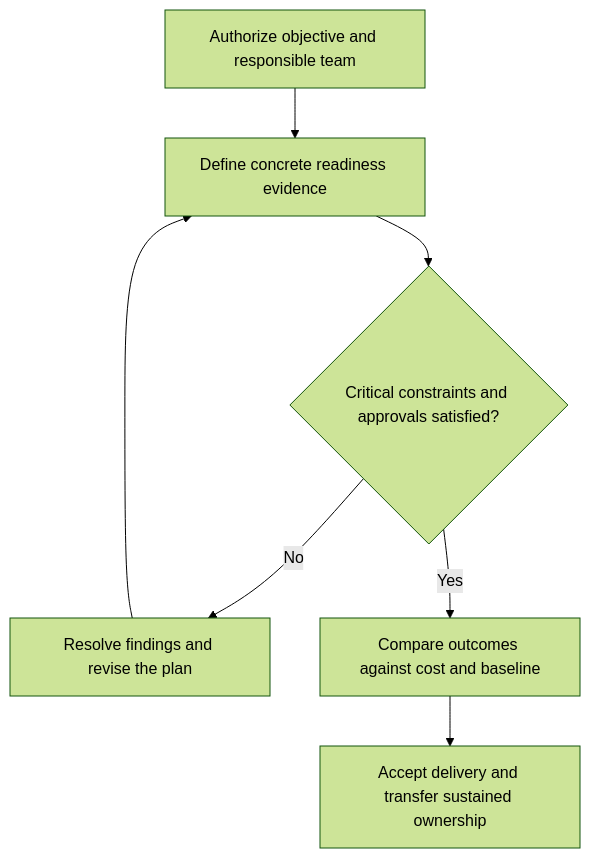
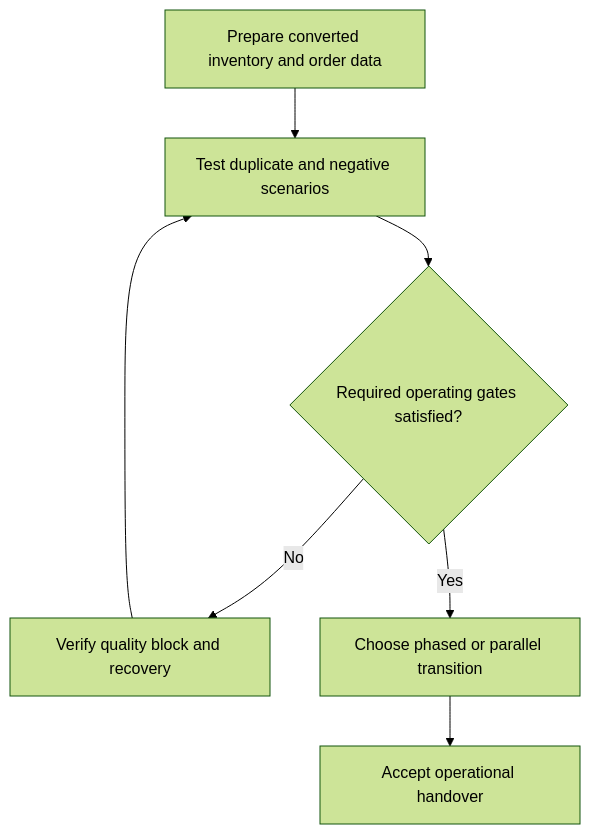
The diagram in 08-optimization-sustainability-technology/section-c-technology-trends/12-implementation-integration-testing-and-cutover.md (theleanx/SupplyChain-Design-Notes), drawn with Mermaid (forest theme) before and after one commit. The commit also changed other lines of this file and 8 other files, not shown here.

Commit message:
refactor(module8): make C10-C18 decision logic, Mermaid, and practitioner notes topic-specific

````diff
--- a/08-optimization-sustainability-technology/section-c-technology-trends/12-implementation-integration-testing-and-cutover.md
+++ b/08-optimization-sustainability-technology/section-c-technology-trends/12-implementation-integration-testing-and-cutover.md
@@ -40,9 +40,9 @@
 ```mermaid
 flowchart TD
-    A[Authorize objective and responsible team] --> B[Define concrete readiness evidence]
-    B --> C{Critical constraints and approvals satisfied?}
-    C -- No --> D[Resolve findings and revise the plan]
+    A[Prepare converted inventory and order data] --> B[Test duplicate and negative scenarios]
+    B --> C{Required operating gates satisfied?}
+    C -- No --> D[Verify quality block and recovery]
     D --> B
-    C -- Yes --> E[Compare outcomes against cost and baseline]
-    E --> F[Accept delivery and transfer sustained ownership]
+    C -- Yes --> E[Choose phased or parallel transition]
+    E --> F[Accept operational handover]
 ```
````
